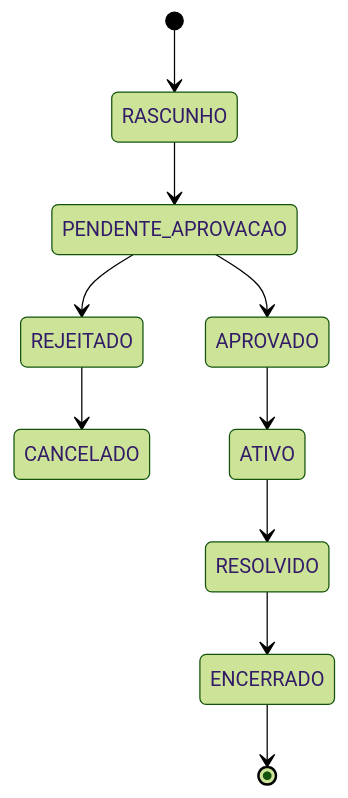
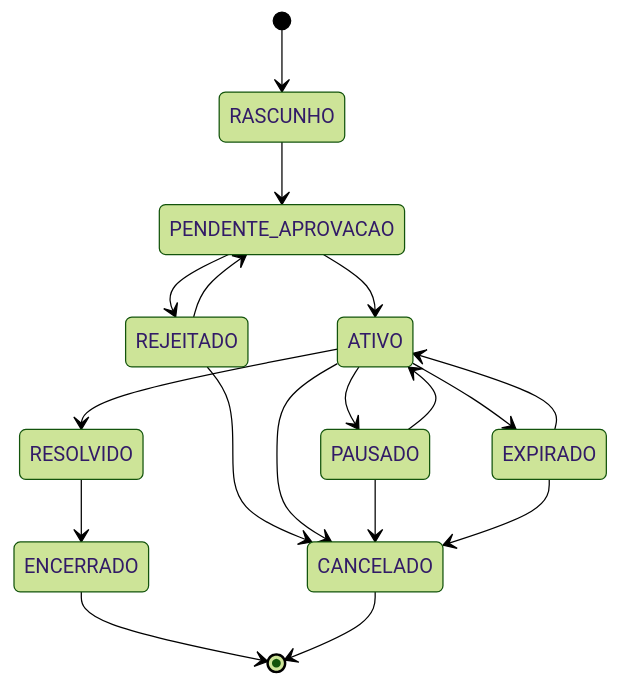
Before and after one commit to RuanParreira/maispatinhas-tcc: the diagram in Documentation/Mais Patinhas/02-Modelagem/Fluxo Status de Anuncio.md, drawn with Mermaid (forest theme). The commit also changed other lines of this file and 3 other files, not shown here.

````diff
--- a/Documentation/Mais Patinhas/02-Modelagem/Fluxo Status de Anuncio.md
+++ b/Documentation/Mais Patinhas/02-Modelagem/Fluxo Status de Anuncio.md
@@ -7,12 +7,20 @@
 ```mermaid
 stateDiagram-v2
     [*] --> RASCUNHO
     RASCUNHO --> PENDENTE_APROVACAO
     PENDENTE_APROVACAO --> REJEITADO
-    PENDENTE_APROVACAO --> APROVADO
+    PENDENTE_APROVACAO --> ATIVO
+    REJEITADO --> PENDENTE_APROVACAO
     REJEITADO --> CANCELADO
-    APROVADO --> ATIVO
+    ATIVO --> PAUSADO
+    PAUSADO --> ATIVO
+    ATIVO --> EXPIRADO
+    EXPIRADO --> ATIVO
     ATIVO --> RESOLVIDO
+    ATIVO --> CANCELADO
+    PAUSADO --> CANCELADO
+    EXPIRADO --> CANCELADO
     RESOLVIDO --> ENCERRADO
     ENCERRADO --> [*]
+    CANCELADO --> [*]
 ```
````
